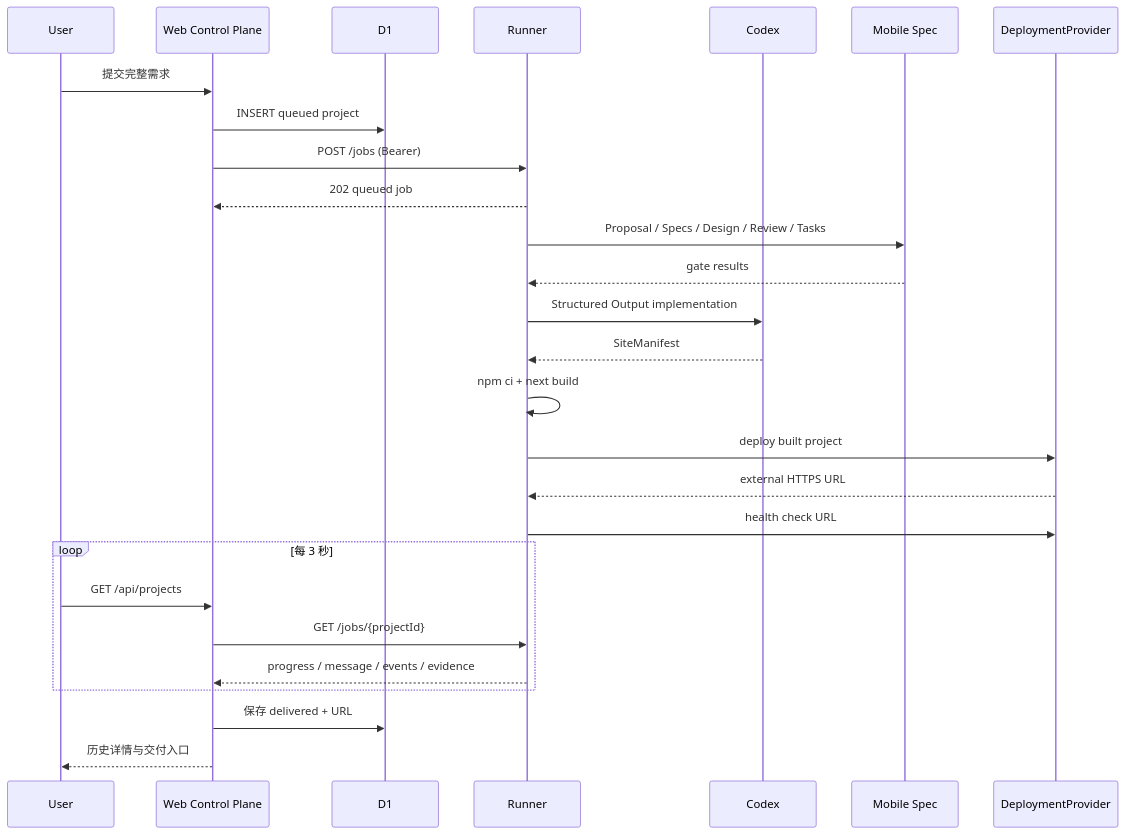
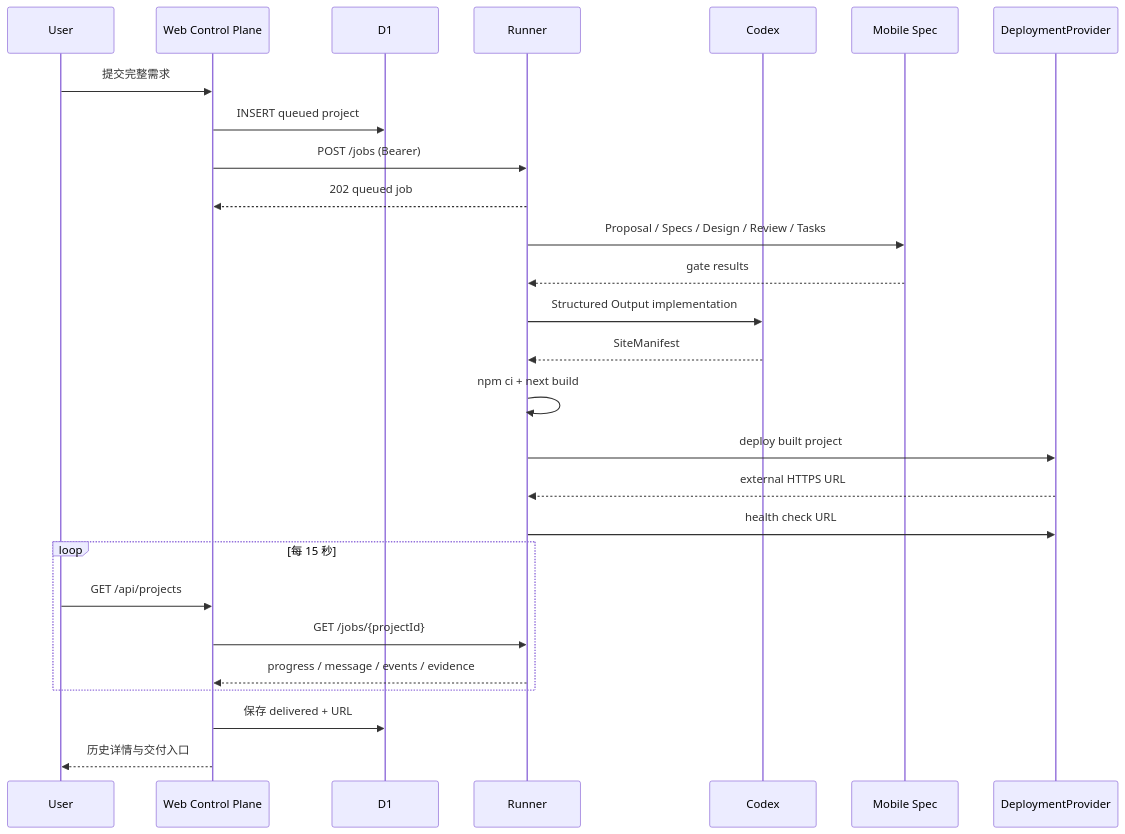
One commit to JonasQiu/mobile-app-build changed the second of 2 diagrams in docs/总体技术方案.md. Above: the diagram before and after it, drawn with Mermaid. The commit also changed 20 other files, not shown here.

````diff
--- a/docs/总体技术方案.md
+++ b/docs/总体技术方案.md
@@ -27,30 +27,30 @@
 ```mermaid
 sequenceDiagram
   participant U as User
   participant W as Web Control Plane
   participant D as D1
   participant R as Runner
   participant C as Codex
   participant M as Mobile Spec
   participant P as DeploymentProvider
 
   U->>W: 提交完整需求
   W->>D: INSERT queued project
   W->>R: POST /jobs (Bearer)
   R-->>W: 202 queued job
   R->>M: Proposal / Specs / Design / Review / Tasks
   M-->>R: gate results
   R->>C: Structured Output implementation
   C-->>R: SiteManifest
   R->>R: npm ci + next build
   R->>P: deploy built project
   P-->>R: external HTTPS URL
   R->>P: health check URL
-  loop 每 3 秒
+  loop 每 15 秒
     U->>W: GET /api/projects
     W->>R: GET /jobs/{projectId}
     R-->>W: progress / message / events / evidence
   end
   W->>D: 保存 delivered + URL
   W-->>U: 历史详情与交付入口
 ```
````
